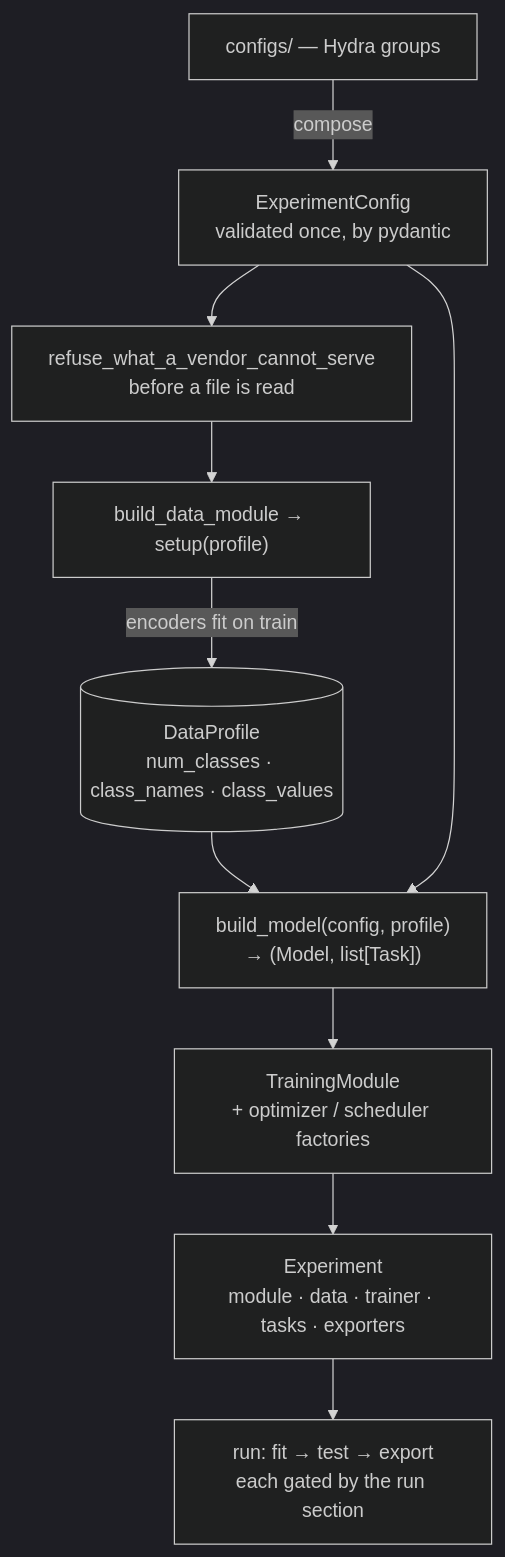
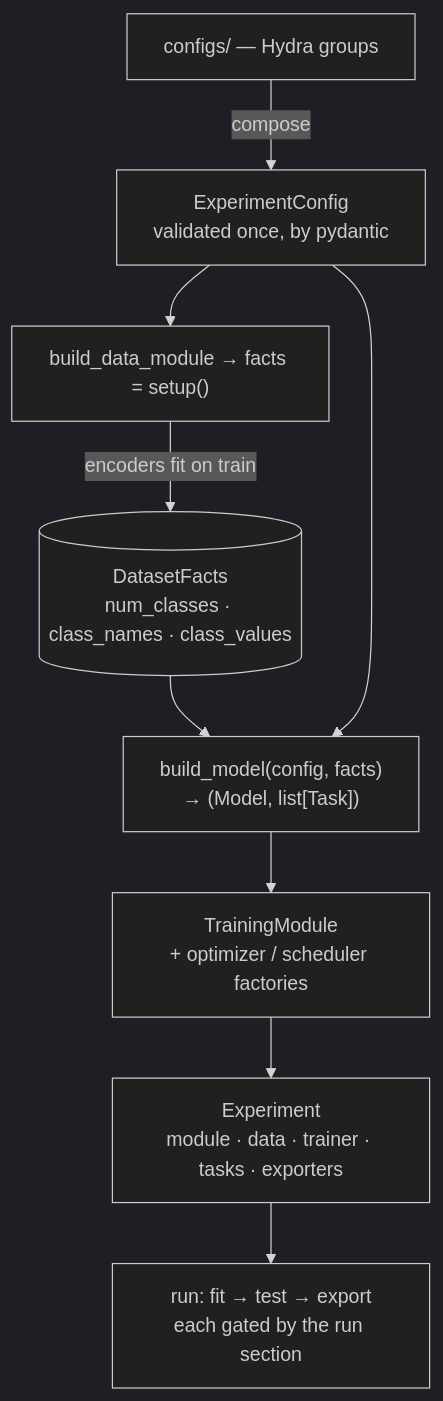
The diagram in docs/concepts.md (gjegoj/framework), drawn with Mermaid (dark theme) before and after one commit. The commit also changed other lines of this file and 347 other files, not shown here.

````diff
--- a/docs/concepts.md
+++ b/docs/concepts.md
@@ -122,12 +195,11 @@
 ```mermaid
 flowchart TB
     yaml["configs/ — Hydra groups"] -->|"compose"| cfg["ExperimentConfig<br/>validated once, by pydantic"]
-    cfg --> refuse["refuse_what_a_vendor_cannot_serve<br/>before a file is read"]
-    refuse --> data["build_data_module → setup(profile)"]
-    data -->|"encoders fit on train"| profile[("DataProfile<br/>num_classes · class_names · class_values")]
-    profile --> model["build_model(config, profile)<br/>→ (Model, list[Task])"]
+    cfg --> data["build_data_module → facts = setup()"]
+    data -->|"encoders fit on train"| facts[("DatasetFacts<br/>num_classes · class_names · class_values")]
+    facts --> model["build_model(config, facts)<br/>→ (Model, list[Task])"]
     cfg --> model
     model --> module["TrainingModule<br/>+ optimizer / scheduler factories"]
     module --> wired["Experiment<br/>module · data · trainer · tasks · exporters"]
     wired --> phases["run: fit → test → export<br/>each gated by the run section"]
 ```
````
